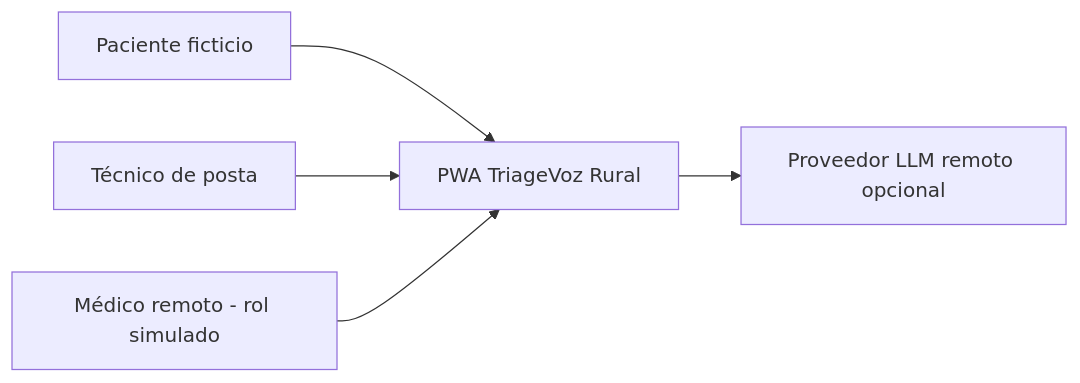
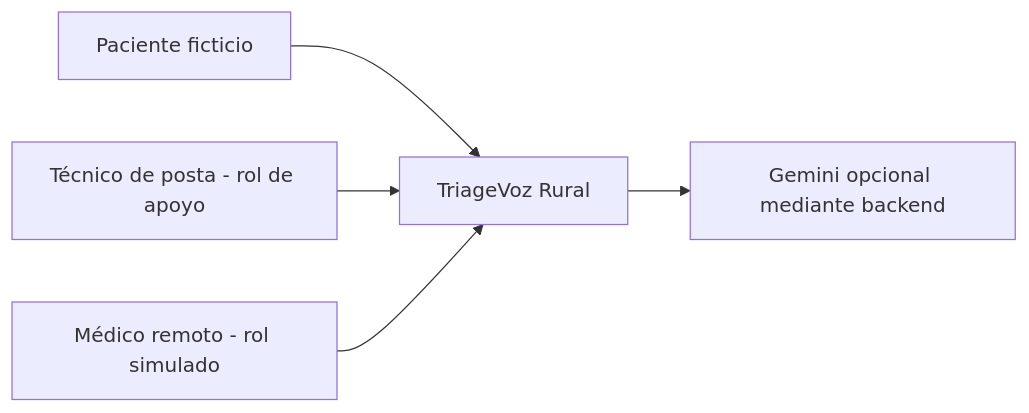
The first of 3 diagrams in docs/02-arquitectura-C4.md (CeSaRLoPeZArTeAgA/PC2_IHC_Grup10), drawn with Mermaid before and after one commit. The commit also changed other lines of this file and 4 other files, not shown here.

````diff
--- a/docs/02-arquitectura-C4.md
+++ b/docs/02-arquitectura-C4.md
@@ -7,7 +7,7 @@
 ```mermaid
 flowchart LR
- P[Paciente ficticio] --> PWA[PWA TriageVoz Rural]
- T[Técnico de posta] --> PWA
- M[Médico remoto - rol simulado] --> PWA
- PWA --> L[Proveedor LLM remoto opcional]
+  P[Paciente ficticio] --> SYS[TriageVoz Rural]
+  T[Técnico de posta - rol de apoyo] --> SYS
+  M[Médico remoto - rol simulado] --> SYS
+  SYS --> LL[Gemini opcional mediante backend]
 ```
````
